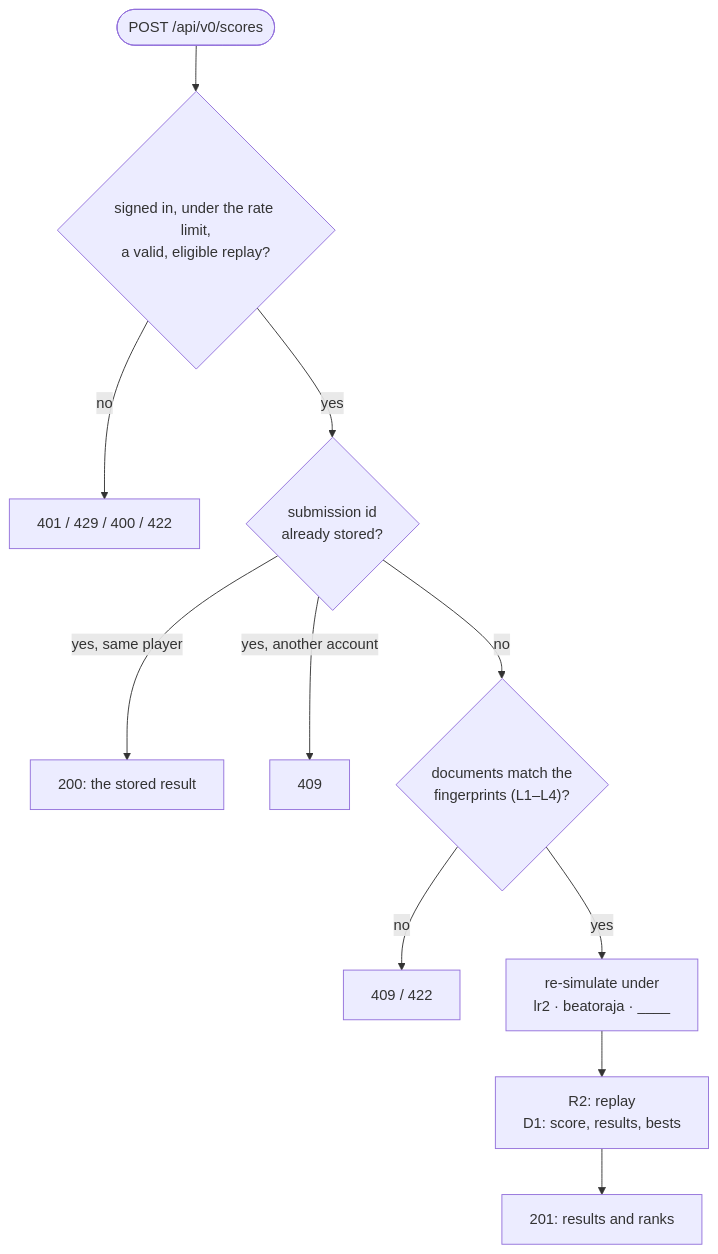
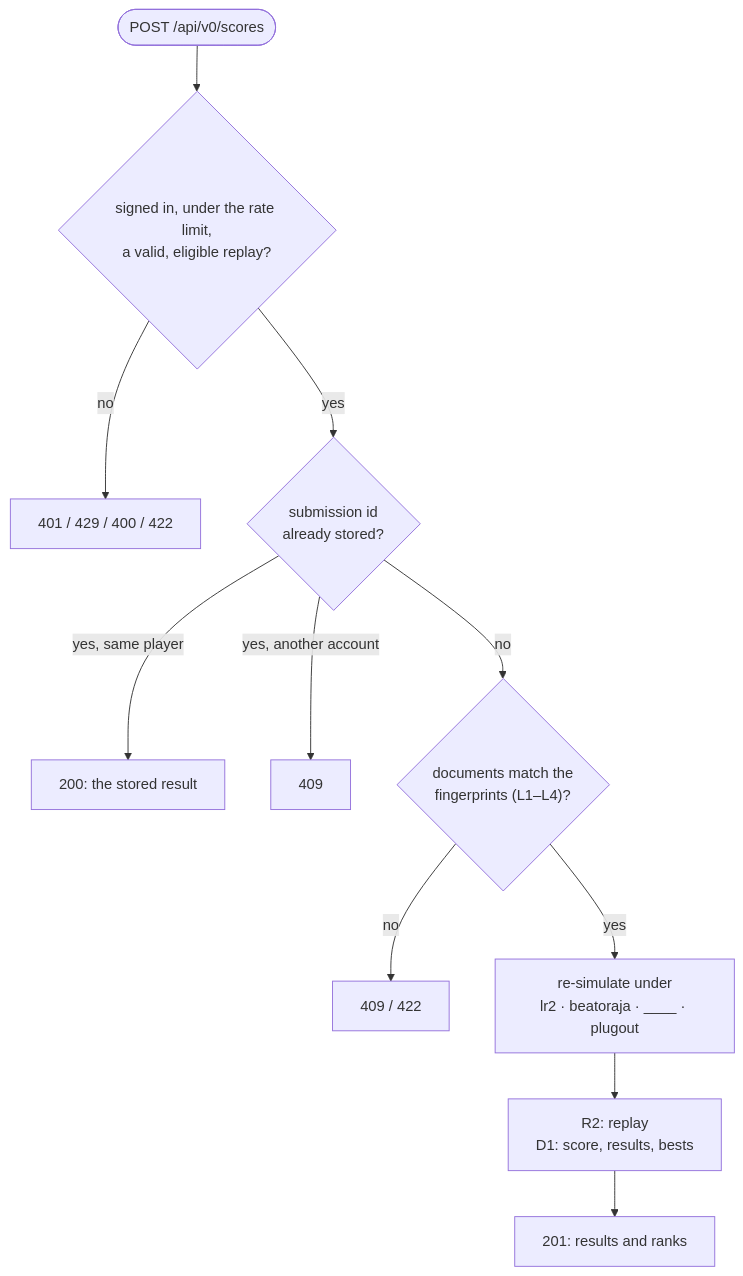
Before and after one commit to nulltask/be-music: the first of 2 diagrams in packages/app-leaderboard/README.md, drawn with Mermaid. The commit also changed other lines of this file and 19 other files, not shown here.

````diff
--- a/packages/app-leaderboard/README.md
+++ b/packages/app-leaderboard/README.md
@@ -32,13 +32,13 @@
 ```mermaid
 flowchart TD
   post(["POST /api/v0/scores"]) --> gate{"signed in, under the rate limit,<br/>a valid, eligible replay?"}
   gate -->|no| e4xx["401 / 429 / 400 / 422"]
   gate -->|yes| dup{"submission id<br/>already stored?"}
   dup -->|"yes, same player"| r200["200: the stored result"]
   dup -->|"yes, another account"| e409["409"]
   dup -->|no| docs{"documents match the<br/>fingerprints (L1–L4)?"}
   docs -->|no| reject["409 / 422"]
-  docs -->|yes| sim["re-simulate under<br/>lr2 · beatoraja · ____"]
+  docs -->|yes| sim["re-simulate under<br/>lr2 · beatoraja · ____ · plugout"]
   sim --> store["R2: replay<br/>D1: score, results, bests"]
   store --> r201["201: results and ranks"]
 ```
````
